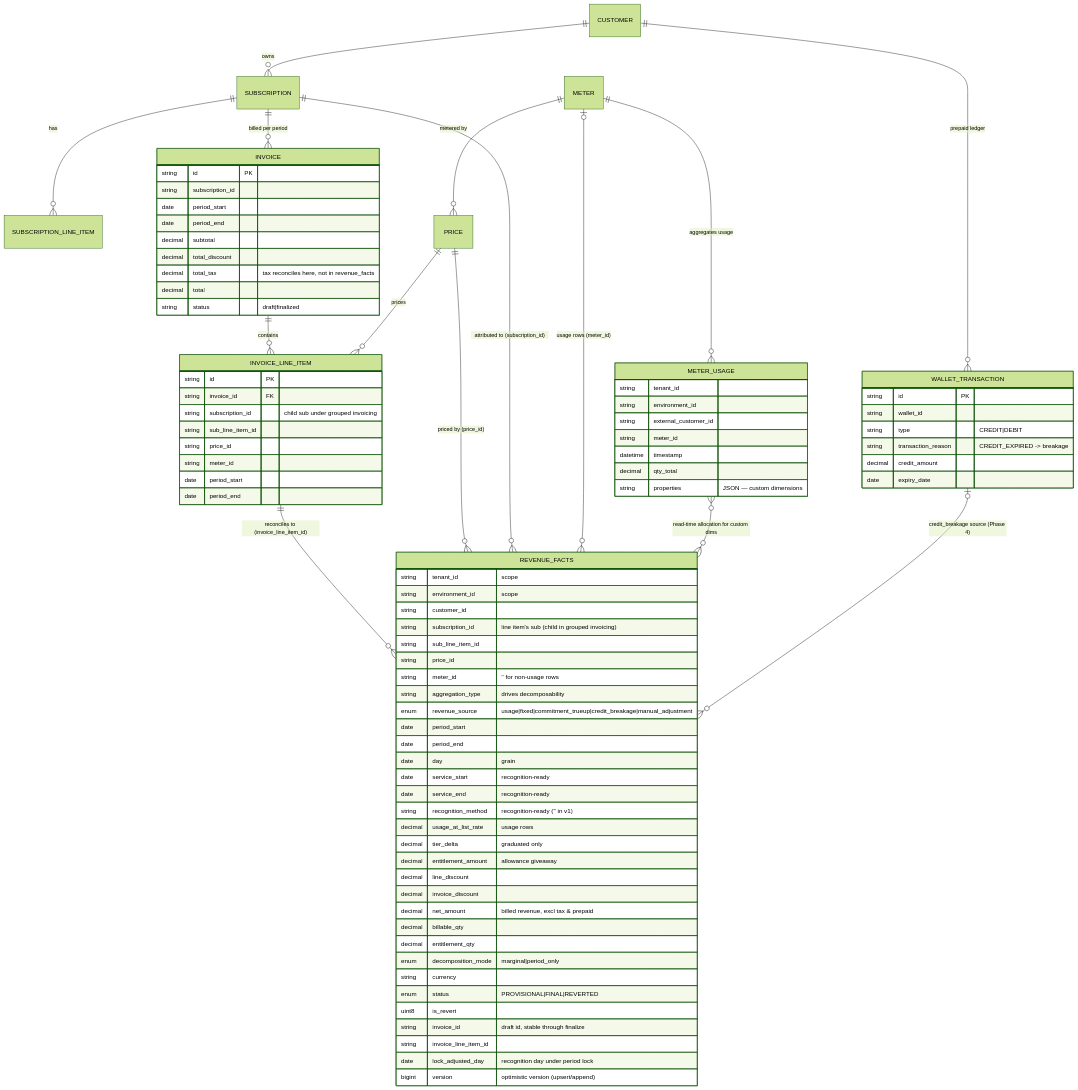
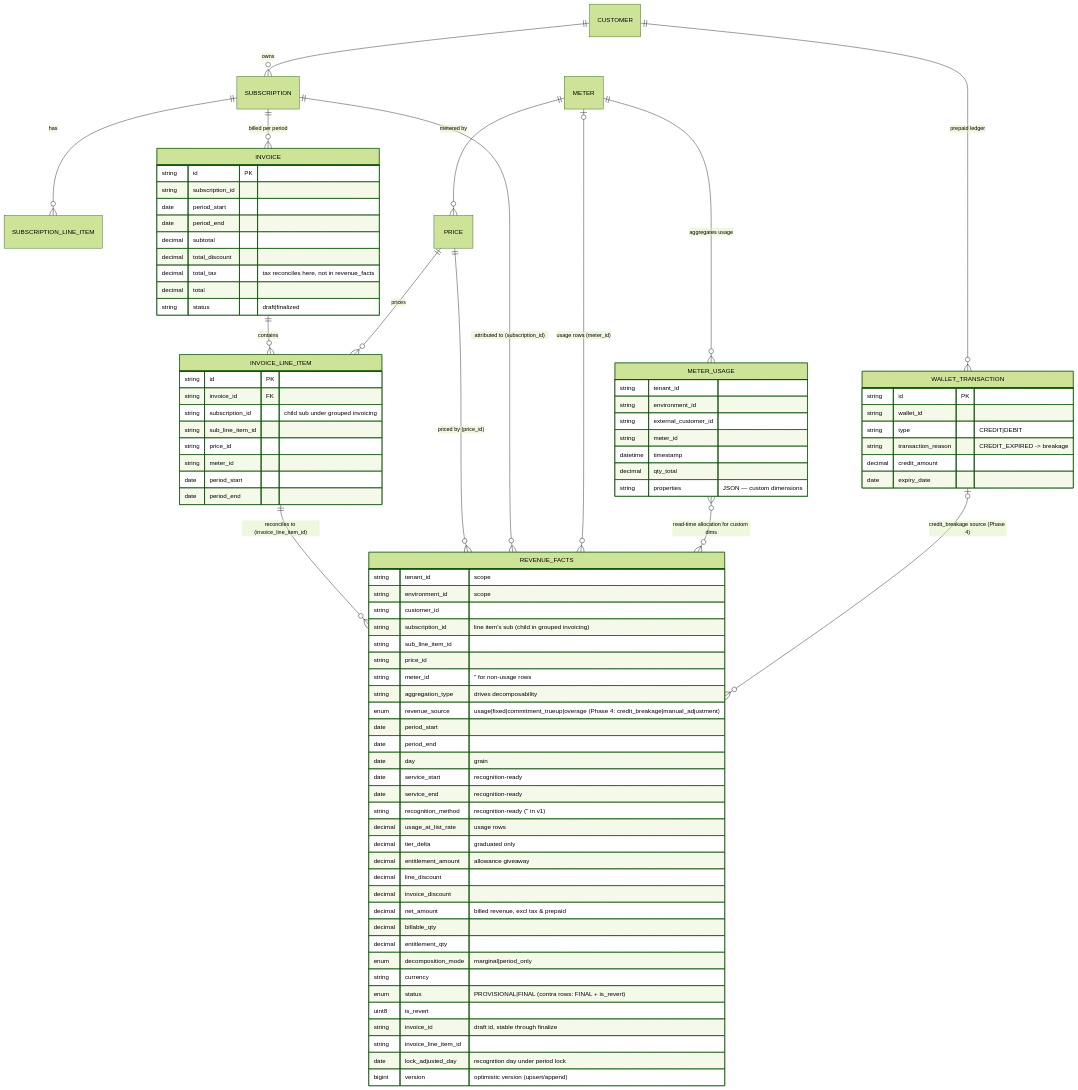
The second of 6 diagrams in docs/design/2026-09-10-FLE-1257-analytics-platform-erd.md (subratsahilgupta/flexprice), drawn with Mermaid (forest theme) before and after one commit. The commit also changed other lines of this file and 16 other files, not shown here.

```diff
--- a/docs/design/2026-09-10-FLE-1257-analytics-platform-erd.md
+++ b/docs/design/2026-09-10-FLE-1257-analytics-platform-erd.md
@@ -130,7 +130,7 @@
         string  price_id
         string  meter_id             "'' for non-usage rows"
         string  aggregation_type     "drives decomposability"
-        enum    revenue_source       "usage|fixed|commitment_trueup|credit_breakage|manual_adjustment"
+        enum    revenue_source       "usage|fixed|commitment_trueup|overage (Phase 4: credit_breakage|manual_adjustment)"
         date    period_start
         date    period_end
         date    day                  "grain"
@@ -147,7 +147,7 @@
         decimal entitlement_qty
         enum    decomposition_mode   "marginal|period_only"
         string  currency
-        enum    status               "PROVISIONAL|FINAL|REVERTED"
+        enum    status               "PROVISIONAL|FINAL (contra rows: FINAL + is_revert)"
         uint8   is_revert
         string  invoice_id           "draft id, stable through finalize"
         string  invoice_line_item_id
```
